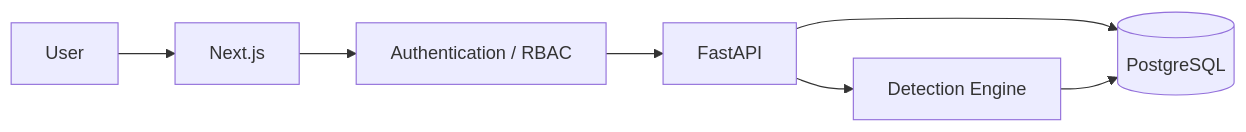
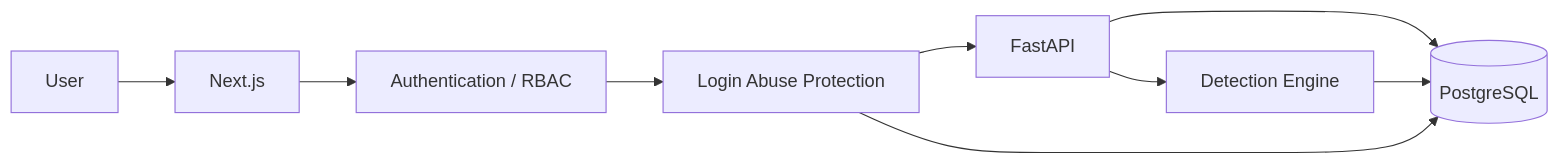
The diagram in README.md (danielguillaumont/case-zero), drawn with Mermaid before and after one commit. The commit also changed other lines of this file, not shown here.

````diff
--- a/README.md
+++ b/README.md
@@ -227,16 +282,19 @@
 ```mermaid
 flowchart LR
     USER["User"]
     UI["Next.js"]
     AUTH["Authentication / RBAC"]
+    THROTTLE["Login Abuse Protection"]
     API["FastAPI"]
     DET["Detection Engine"]
     DB[("PostgreSQL")]
 
     USER --> UI
     UI --> AUTH
-    AUTH --> API
+    AUTH --> THROTTLE
+    THROTTLE --> API
     API --> DET
     API --> DB
     DET --> DB
+    THROTTLE --> DB
 ```
````
